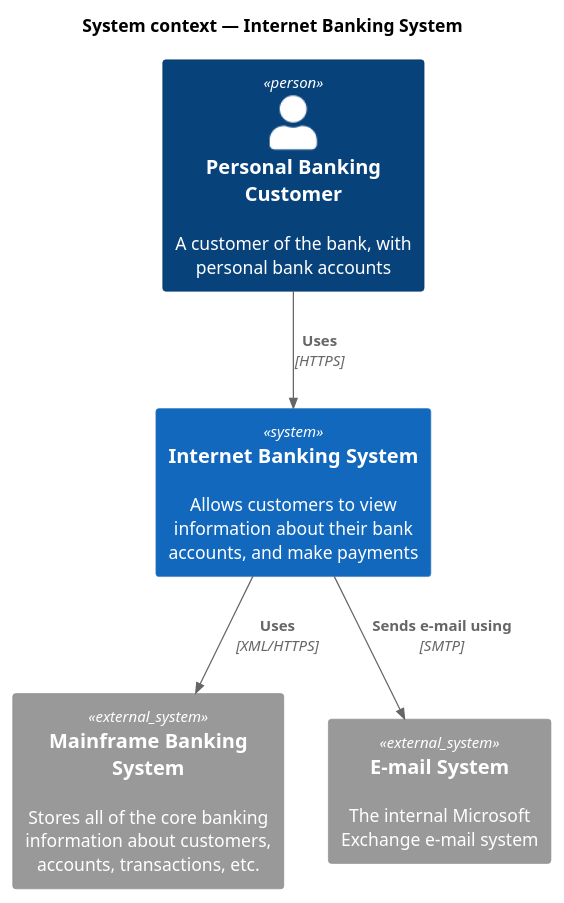
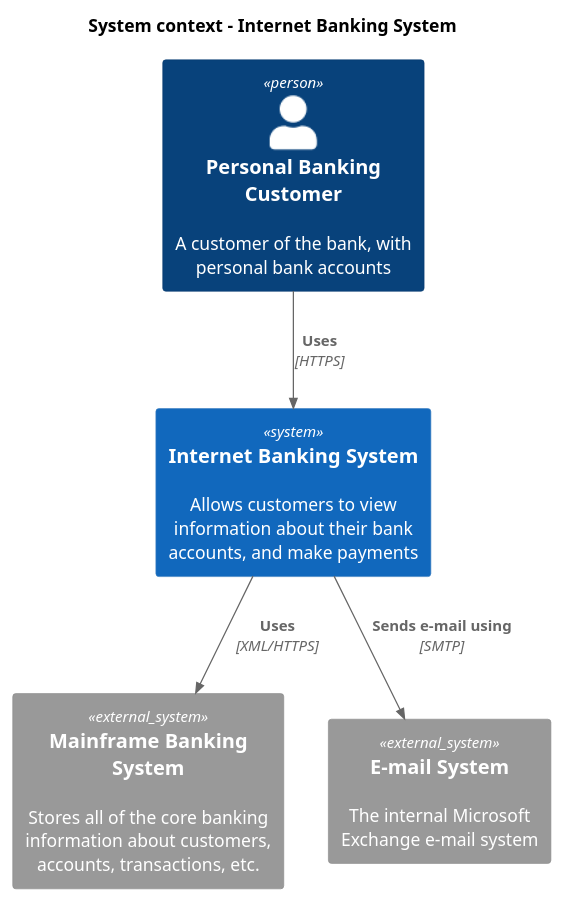
One commit to wtx-labs/easy-c4-diagrams-creator changed the diagram in public/examples/c1-context.puml. Above: the diagram before and after it, drawn with PlantUML. The commit also changed 8 other files, not shown here.

```diff
--- a/public/examples/c1-context.puml
+++ b/public/examples/c1-context.puml
@@ -1,17 +1,17 @@
 @startuml InternetBanking_C4_Context
 !include https://raw.githubusercontent.com/plantuml-stdlib/C4-PlantUML/v2.10.0/C4_Context.puml
 
-title System context — Internet Banking System
+title System context - Internet Banking System
 
 Person(customer, "Personal Banking Customer", "A customer of the bank, with personal bank accounts")
 
 System(banking, "Internet Banking System", "Allows customers to view information about their bank accounts, and make payments")
 
 System_Ext(mainframe, "Mainframe Banking System", "Stores all of the core banking information about customers, accounts, transactions, etc.")
 System_Ext(email, "E-mail System", "The internal Microsoft Exchange e-mail system")
 
 Rel(customer, banking, "Uses", "HTTPS")
 Rel(banking, mainframe, "Uses", "XML/HTTPS")
 Rel(banking, email, "Sends e-mail using", "SMTP")
 
 @enduml
```
